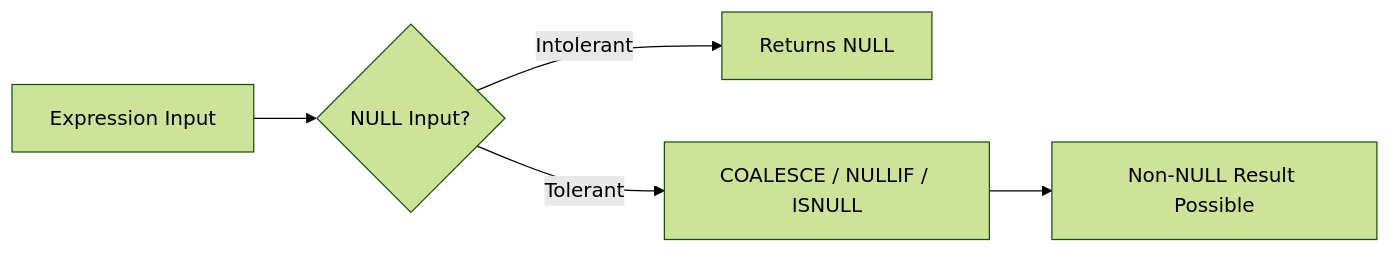
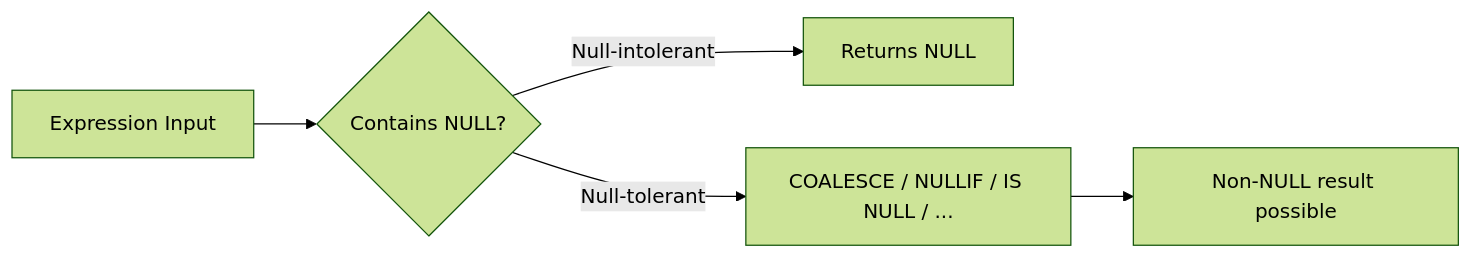
Before and after one commit to mahfooziiitian/spark-batch: the diagram in spark-sql/docs/nulls/expression.md, drawn with Mermaid (forest theme). The commit also changed other lines of this file and 223 other files, not shown here.

````diff
--- a/spark-sql/docs/nulls/expression.md
+++ b/spark-sql/docs/nulls/expression.md
@@ -7,7 +9,7 @@
 ```mermaid
 graph LR
-    A[Expression Input] --> B{NULL Input?}
-    B -->|Intolerant| C[Returns NULL]
-    B -->|Tolerant| D["COALESCE / NULLIF / ISNULL"]
-    D --> E[Non-NULL Result Possible]
+    A[Expression Input] --> B{Contains NULL?}
+    B -->|"Null-intolerant"| C[Returns NULL]
+    B -->|"Null-tolerant"| D["COALESCE / NULLIF / IS NULL / ..."]
+    D --> E[Non-NULL result possible]
 ```
````
